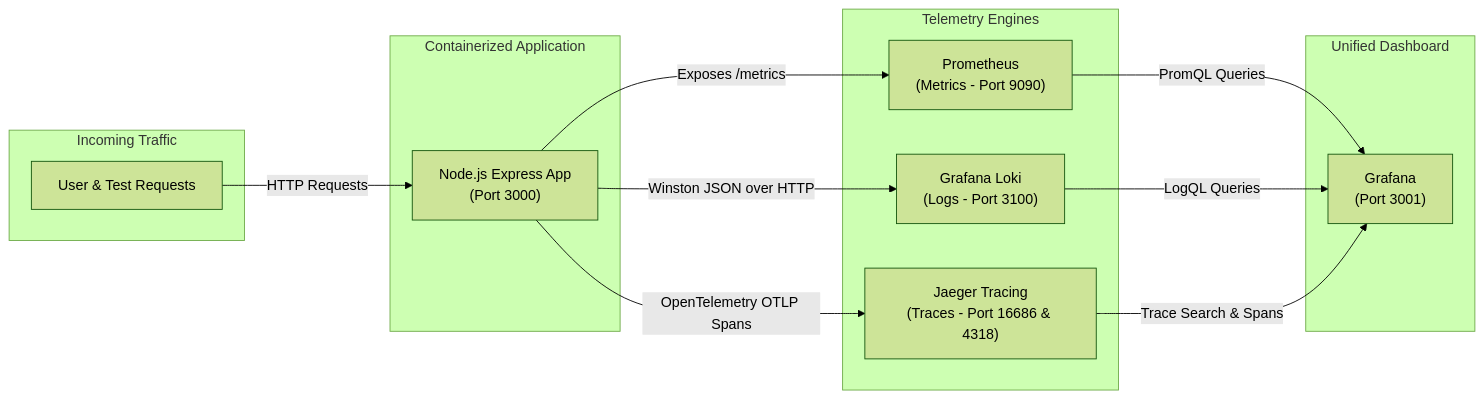
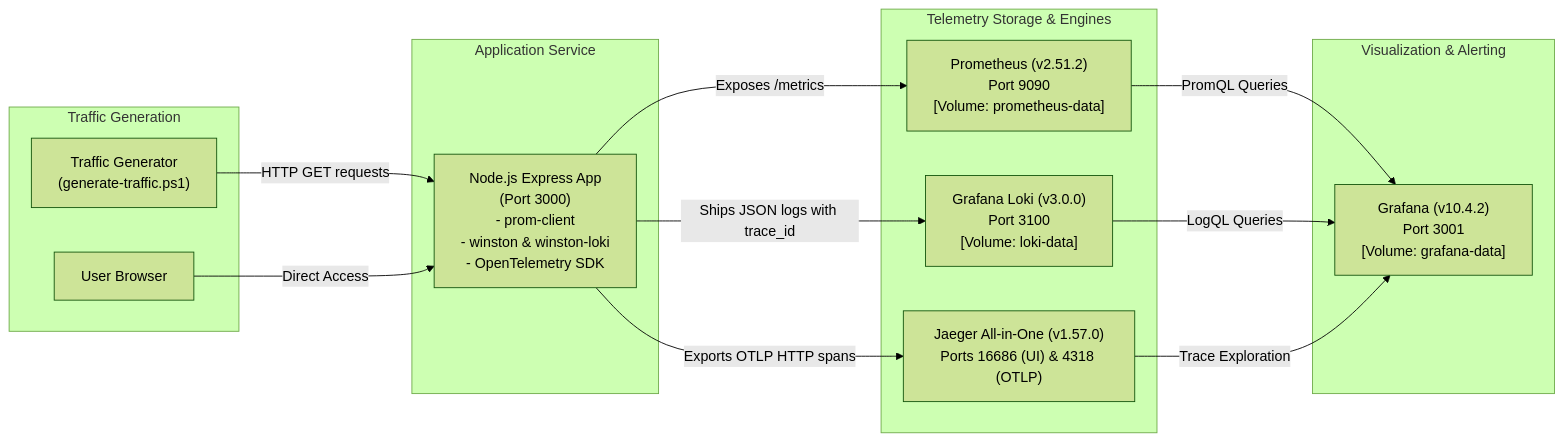
The second of 2 diagrams in README.md (mythreyan26/Devops-Observability-Stack), drawn with Mermaid (forest theme) before and after one commit. The commit also changed other lines of this file and 11 other files, not shown here.

````diff
--- a/README.md
+++ b/README.md
@@ -13,30 +71,32 @@
 ```mermaid
 flowchart LR
-    subgraph Client["Incoming Traffic"]
-        Traffic["User & Test Requests"]
+    subgraph Client["Traffic Generation"]
+        Script["Traffic Generator<br/>(generate-traffic.ps1)"]
+        Browser["User Browser"]
     end
 
-    subgraph Application["Containerized Application"]
-        App["Node.js Express App<br/>(Port 3000)"]
+    subgraph ServiceLayer["Application Service"]
+        App["Node.js Express App<br/>(Port 3000)<br/>- prom-client<br/>- winston & winston-loki<br/>- OpenTelemetry SDK"]
     end
 
-    subgraph TelemetryPipelines["Telemetry Engines"]
-        Prometheus["Prometheus<br/>(Metrics - Port 9090)"]
-        Loki["Grafana Loki<br/>(Logs - Port 3100)"]
-        Jaeger["Jaeger Tracing<br/>(Traces - Port 16686 & 4318)"]
+    subgraph MonitoringEngines["Telemetry Storage & Engines"]
+        Prometheus["Prometheus (v2.51.2)<br/>Port 9090<br/>[Volume: prometheus-data]"]
+        Loki["Grafana Loki (v3.0.0)<br/>Port 3100<br/>[Volume: loki-data]"]
+        Jaeger["Jaeger All-in-One (v1.57.0)<br/>Ports 16686 (UI) & 4318 (OTLP)"]
     end
 
-    subgraph Visualization["Unified Dashboard"]
-        Grafana["Grafana<br/>(Port 3001)"]
+    subgraph Dashboards["Visualization & Alerting"]
+        Grafana["Grafana (v10.4.2)<br/>Port 3001<br/>[Volume: grafana-data]"]
     end
 
-    Traffic -->|"HTTP Requests"| App
+    Script -->|"HTTP GET requests"| App
+    Browser -->|"Direct Access"| App
 
     App -->|"Exposes /metrics"| Prometheus
-    App -->|"Winston JSON over HTTP"| Loki
-    App -->|"OpenTelemetry OTLP Spans"| Jaeger
+    App -->|"Ships JSON logs with trace_id"| Loki
+    App -->|"Exports OTLP HTTP spans"| Jaeger
 
     Prometheus -->|"PromQL Queries"| Grafana
     Loki -->|"LogQL Queries"| Grafana
-    Jaeger -->|"Trace Search & Spans"| Grafana
+    Jaeger -->|"Trace Exploration"| Grafana
 ```
````
